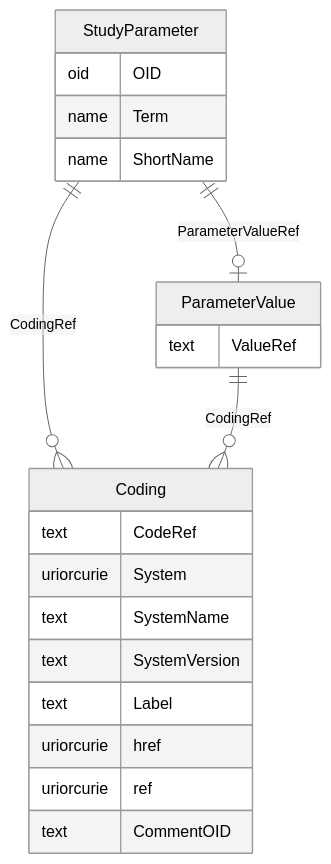
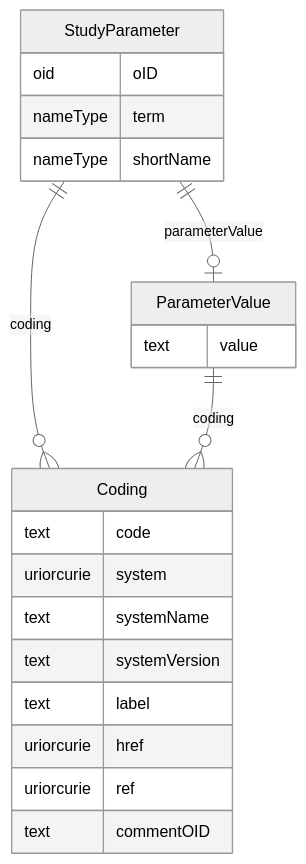
One commit to cdisc-org/DataExchange-ODM-LinkML changed the diagram in docs/StudyParameter.md. Above: the diagram before and after it, drawn with Mermaid (neutral theme). The commit also changed other lines of this file and 759 other files, not shown here.

````diff
--- a/docs/StudyParameter.md
+++ b/docs/StudyParameter.md
@@ -11,26 +11,26 @@
 ```mermaid
 erDiagram
 StudyParameter {
-    oid OID  
-    name Term  
-    name ShortName  
+    oid oID  
+    nameType term  
+    nameType shortName  
 }
 Coding {
-    text CodeRef  
-    uriorcurie System  
-    text SystemName  
-    text SystemVersion  
-    text Label  
+    text code  
+    uriorcurie system  
+    text systemName  
+    text systemVersion  
+    text label  
     uriorcurie href  
     uriorcurie ref  
-    text CommentOID  
+    text commentOID  
 }
 ParameterValue {
-    text ValueRef  
+    text value  
 }
 
-StudyParameter ||--|o ParameterValue : "ParameterValueRef"
-StudyParameter ||--}o Coding : "CodingRef"
-ParameterValue ||--}o Coding : "CodingRef"
+StudyParameter ||--|o ParameterValue : "parameterValue"
+StudyParameter ||--}o Coding : "coding"
+ParameterValue ||--}o Coding : "coding"
 
 ```
````
